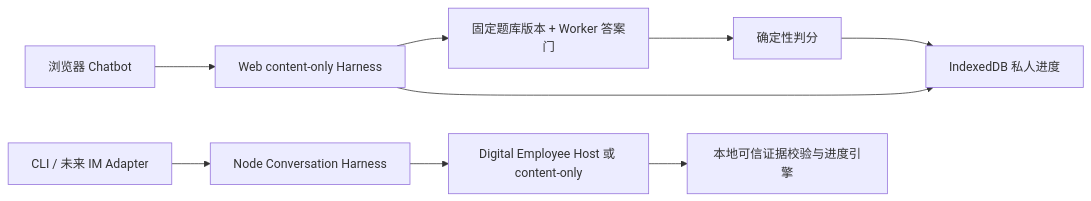
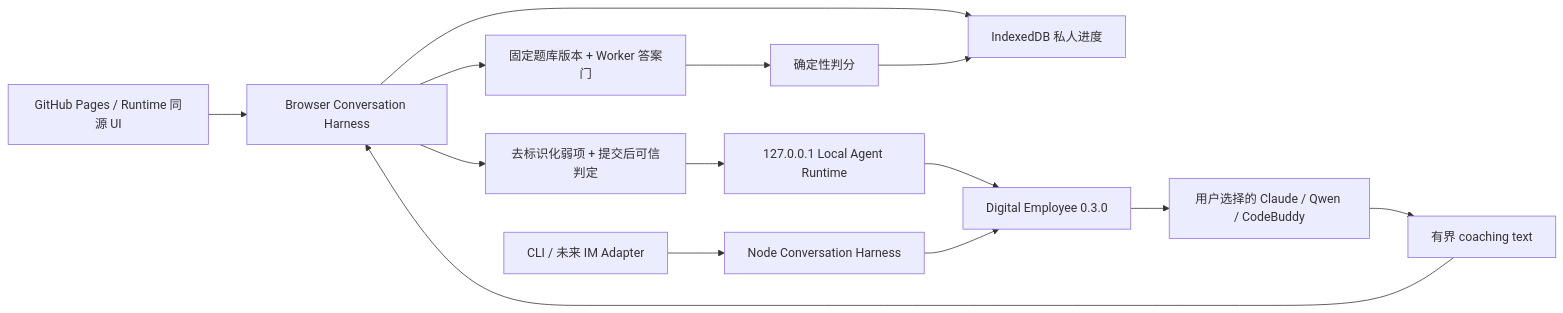
Before and after one commit to PeterGuy326/senior-architect-pass-coach: the diagram in README.md, drawn with Mermaid. The commit also changed other lines of this file and 25 other files, not shown here.

Commit message:
feat: add selectable local agent runtime

````diff
--- a/README.md
+++ b/README.md
@@ -146,11 +170,16 @@
 ```mermaid
 flowchart LR
-  A["浏览器 Chatbot"] --> B["Web content-only Harness"]
+  A["GitHub Pages / Runtime 同源 UI"] --> B["Browser Conversation Harness"]
   B --> C["固定题库版本 + Worker 答案门"]
   B --> D["IndexedDB 私人进度"]
-  E["CLI / 未来 IM Adapter"] --> F["Node Conversation Harness"]
-  F --> G["Digital Employee Host 或 content-only"]
-  C --> H["确定性判分"]
-  H --> D
-  G --> I["本地可信证据校验与进度引擎"]
+  B --> E["去标识化弱项 + 提交后可信判定"]
+  E --> F["127.0.0.1 Local Agent Runtime"]
+  F --> G["Digital Employee 0.3.0"]
+  G --> H["用户选择的 Claude / Qwen / CodeBuddy"]
+  H --> I["有界 coaching text"]
+  I --> B
+  K["CLI / 未来 IM Adapter"] --> L["Node Conversation Harness"]
+  L --> G
+  C --> J["确定性判分"]
+  J --> D
 ```
````
